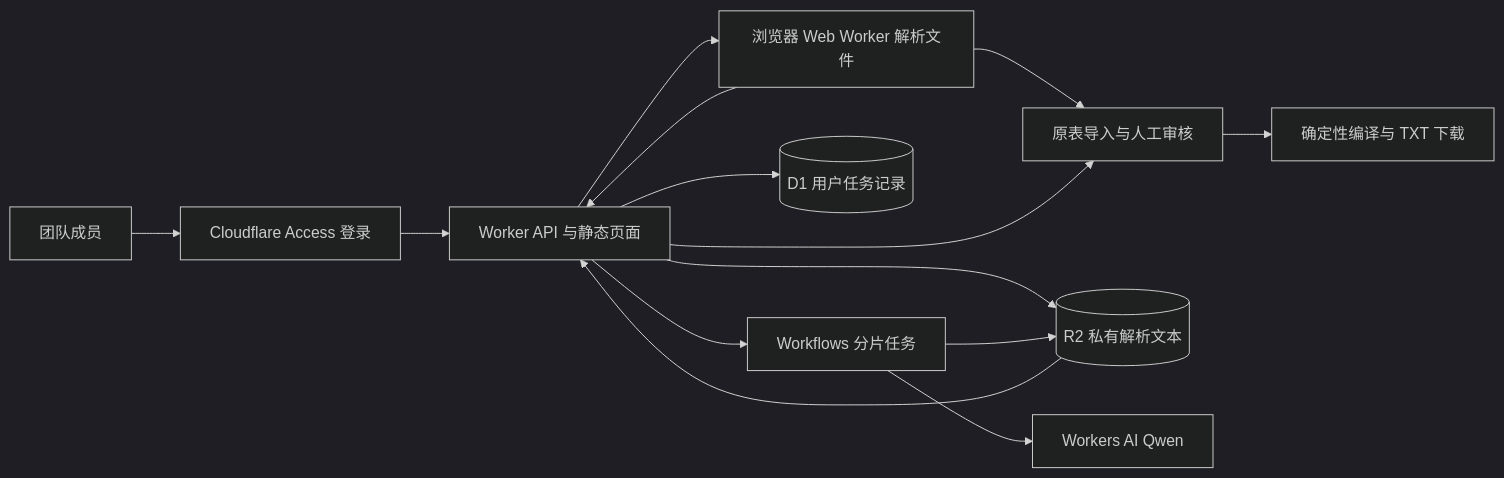
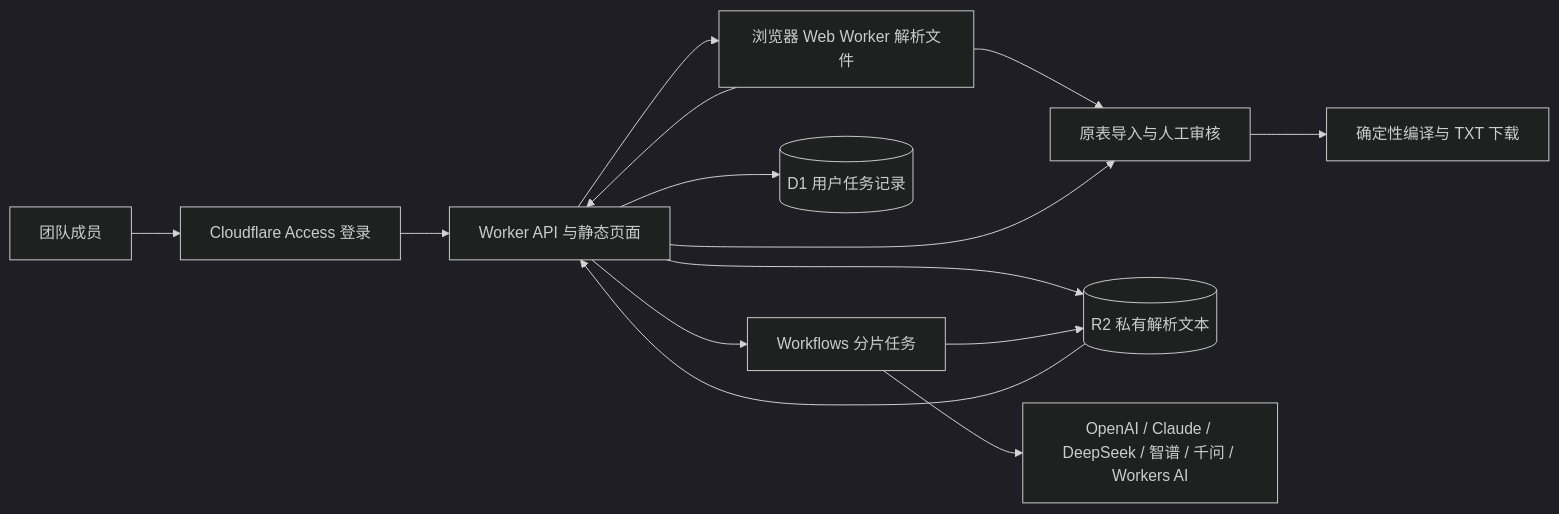
The diagram in README.md (xuanxi369/HotWord), drawn with Mermaid (dark theme) before and after one commit. The commit also changed other lines of this file and 29 other files, not shown here.

````diff
--- a/README.md
+++ b/README.md
@@ -29,16 +29,16 @@
 ```mermaid
 flowchart LR
   U[团队成员] --> A[Cloudflare Access 登录]
   A --> W[Worker API 与静态页面]
   W --> B[浏览器 Web Worker 解析文件]
   B --> L[原表导入与人工审核]
   B --> W
   W --> D[(D1 用户任务记录)]
   W --> R[(R2 私有解析文本)]
   W --> F[Workflows 分片任务]
-  F --> AI[Workers AI Qwen]
+  F --> AI[OpenAI / Claude / DeepSeek / 智谱 / 千问 / Workers AI]
   F --> R
   R --> W
   W --> L
   L --> T[确定性编译与 TXT 下载]
 ```
````
